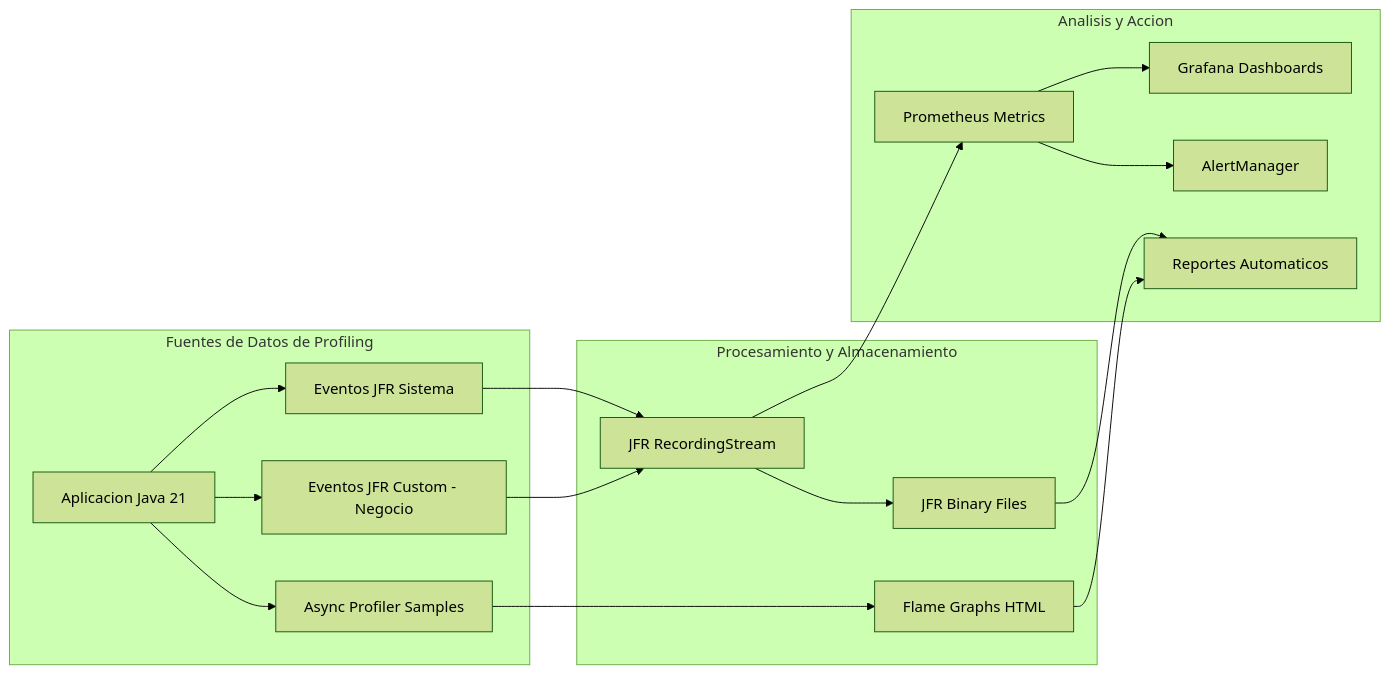
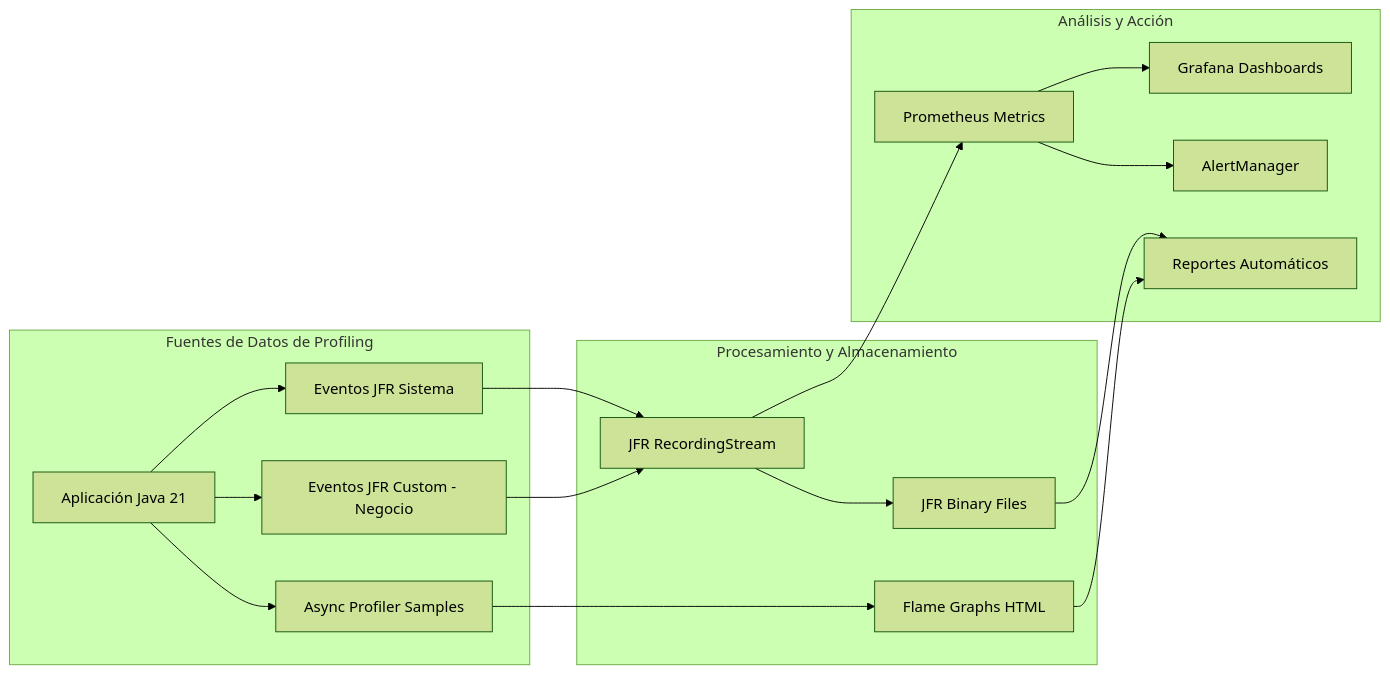
Before and after one commit to Joaquinriosheredia/DAM-Java-Mastery: the second of 4 diagrams in 01_Java_Core/profiling_avanzado_en_java_con_jfr_y_async_profiler_STAFF.md, drawn with Mermaid (forest theme). The commit also changed other lines of this file, not shown here.

Commit message:
profiling_avanzado_en_java_con_jfr_y_async_profiler_STAFF.md

````diff
--- a/01_Java_Core/profiling_avanzado_en_java_con_jfr_y_async_profiler_STAFF.md
+++ b/01_Java_Core/profiling_avanzado_en_java_con_jfr_y_async_profiler_STAFF.md
@@ -122,38 +176,38 @@
 ```mermaid
 graph LR
     subgraph "Fuentes de Datos de Profiling"
-        APP[Aplicacion Java 21]
+        APP[Aplicación Java 21]
         JFR_EVT[Eventos JFR Sistema]
         CUSTOM_EVT[Eventos JFR Custom - Negocio]
         ASYNC[Async Profiler Samples]
     end
     
     subgraph "Procesamiento y Almacenamiento"
         STREAM[JFR RecordingStream]
         FILE[JFR Binary Files]
         FLAME[Flame Graphs HTML]
     end
     
-    subgraph "Analisis y Accion"
+    subgraph "Análisis y Acción"
         PROM[Prometheus Metrics]
         GRAF[Grafana Dashboards]
         ALERT[AlertManager]
-        REPORT[Reportes Automaticos]
+        REPORT[Reportes Automáticos]
     end
     
     APP --> JFR_EVT
     APP --> CUSTOM_EVT
     APP --> ASYNC
     
     JFR_EVT --> STREAM
     CUSTOM_EVT --> STREAM
     STREAM --> PROM
     STREAM --> FILE
     
     ASYNC --> FLAME
     FLAME --> REPORT
     
     PROM --> GRAF
     PROM --> ALERT
     FILE --> REPORT
 ```
````
